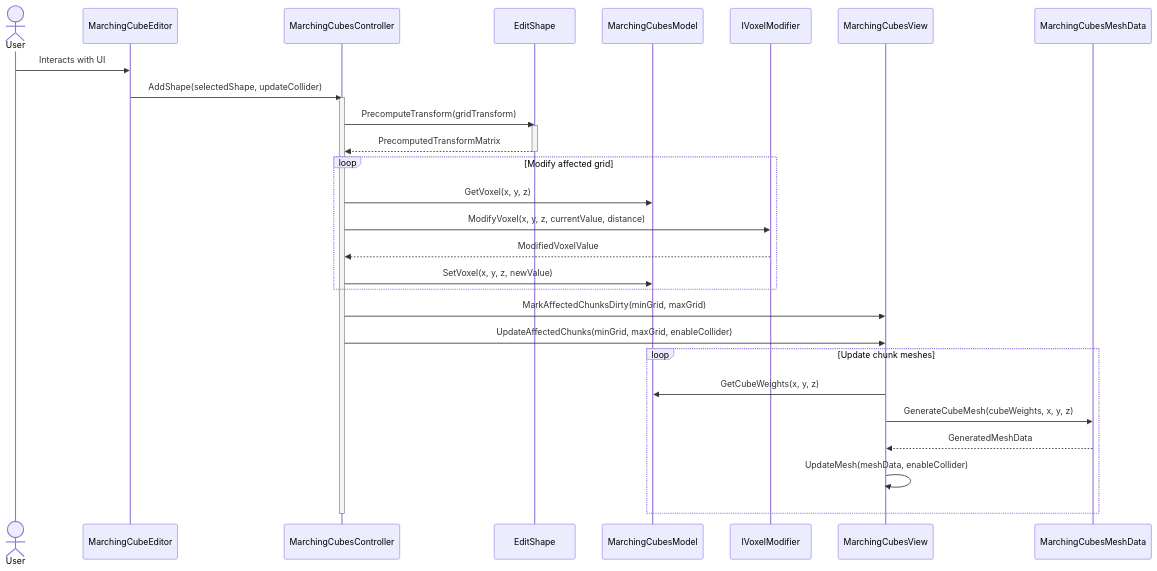
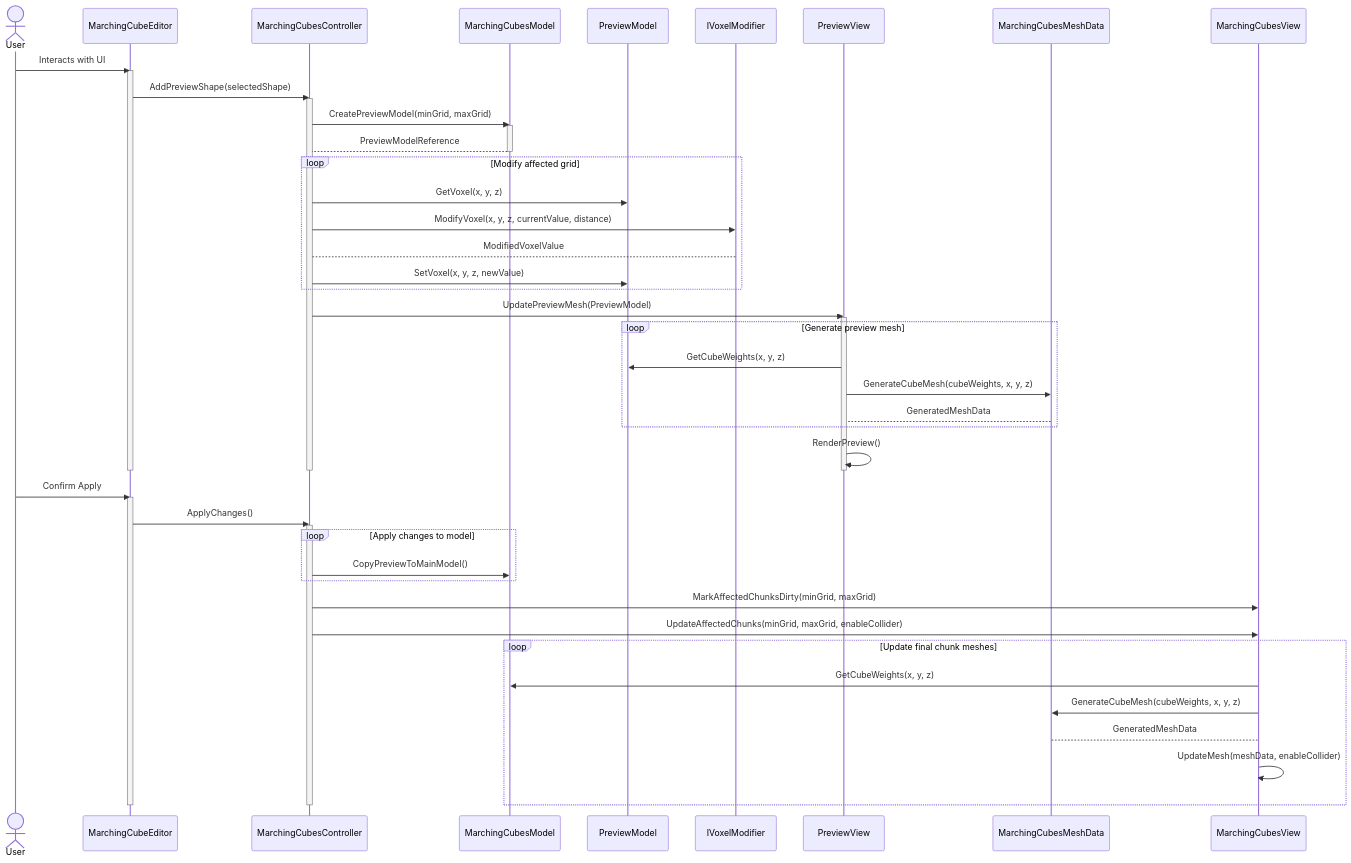
The second of 2 diagrams in Documentation/UML/SequenceDiagram/README.md (iffn/MarchingCubeEditorForUnity), drawn with Mermaid before and after one commit. The commit also changed 1 other file, not shown here.

Commit message:
Preview shape: Change planning

````diff
--- a/Documentation/UML/SequenceDiagram/README.md
+++ b/Documentation/UML/SequenceDiagram/README.md
@@ -57,32 +57,55 @@
 ```mermaid
 sequenceDiagram
     actor User
-
-    User ->> MarchingCubeEditor: Interacts with UI
-    MarchingCubeEditor ->> MarchingCubesController: AddShape(selectedShape, updateCollider)
-
+    User ->> MarchingCubeEditor : Interacts with UI
+    activate MarchingCubeEditor
+    MarchingCubeEditor ->> MarchingCubesController : AddPreviewShape(selectedShape)
     activate MarchingCubesController
-    MarchingCubesController ->> EditShape: PrecomputeTransform(gridTransform)
-    activate EditShape
-    EditShape -->> MarchingCubesController: PrecomputedTransformMatrix
-    deactivate EditShape
+    MarchingCubesController ->> MarchingCubesModel : CreatePreviewModel(minGrid, maxGrid)
+    activate MarchingCubesModel
+    MarchingCubesModel --> MarchingCubesController : PreviewModelReference
+    deactivate MarchingCubesModel
 
     loop Modify affected grid
-        MarchingCubesController ->> MarchingCubesModel: GetVoxel(x, y, z)
-        MarchingCubesController ->> IVoxelModifier: ModifyVoxel(x, y, z, currentValue, distance)
-        IVoxelModifier -->> MarchingCubesController: ModifiedVoxelValue
-        MarchingCubesController ->> MarchingCubesModel: SetVoxel(x, y, z, newValue)
+        MarchingCubesController ->> PreviewModel : GetVoxel(x, y, z)
+        MarchingCubesController ->> IVoxelModifier : ModifyVoxel(x, y, z, currentValue, distance)
+        IVoxelModifier --> MarchingCubesController : ModifiedVoxelValue
+        MarchingCubesController ->> PreviewModel : SetVoxel(x, y, z, newValue)
     end
 
-    MarchingCubesController ->> MarchingCubesView: MarkAffectedChunksDirty(minGrid, maxGrid)
-    MarchingCubesController ->> MarchingCubesView: UpdateAffectedChunks(minGrid, maxGrid, enableCollider)
+    MarchingCubesController ->> PreviewView : UpdatePreviewMesh(PreviewModel)
+    activate PreviewView
 
-    loop Update chunk meshes
-        MarchingCubesView ->> MarchingCubesModel: GetCubeWeights(x, y, z)
-        MarchingCubesView ->> MarchingCubesMeshData: GenerateCubeMesh(cubeWeights, x, y, z)
-        MarchingCubesMeshData -->> MarchingCubesView: GeneratedMeshData
-        MarchingCubesView ->> MarchingCubesView: UpdateMesh(meshData, enableCollider)
+    loop Generate preview mesh
+        PreviewView ->> PreviewModel : GetCubeWeights(x, y, z)
+        PreviewView ->> MarchingCubesMeshData : GenerateCubeMesh(cubeWeights, x, y, z)
+        MarchingCubesMeshData --> PreviewView : GeneratedMeshData
+    end
+    PreviewView ->> PreviewView : RenderPreview()
+    deactivate PreviewView
+    deactivate MarchingCubesController
+    deactivate MarchingCubeEditor
+
+    %% Applying Changes %%
+    User ->> MarchingCubeEditor : Confirm Apply
+    activate MarchingCubeEditor
+    MarchingCubeEditor ->> MarchingCubesController : ApplyChanges()
+    activate MarchingCubesController
+
+    loop Apply changes to model
+        MarchingCubesController ->> MarchingCubesModel : CopyPreviewToMainModel()
     end
 
+    MarchingCubesController ->> MarchingCubesView : MarkAffectedChunksDirty(minGrid, maxGrid)
+    MarchingCubesController ->> MarchingCubesView : UpdateAffectedChunks(minGrid, maxGrid, enableCollider)
+
+    loop Update final chunk meshes
+        MarchingCubesView ->> MarchingCubesModel : GetCubeWeights(x, y, z)
+        MarchingCubesView ->> MarchingCubesMeshData : GenerateCubeMesh(cubeWeights, x, y, z)
+        MarchingCubesMeshData --> MarchingCubesView : GeneratedMeshData
+        MarchingCubesView ->> MarchingCubesView : UpdateMesh(meshData, enableCollider)
+    end
     deactivate MarchingCubesController
+    deactivate MarchingCubeEditor
+
 ```
````
